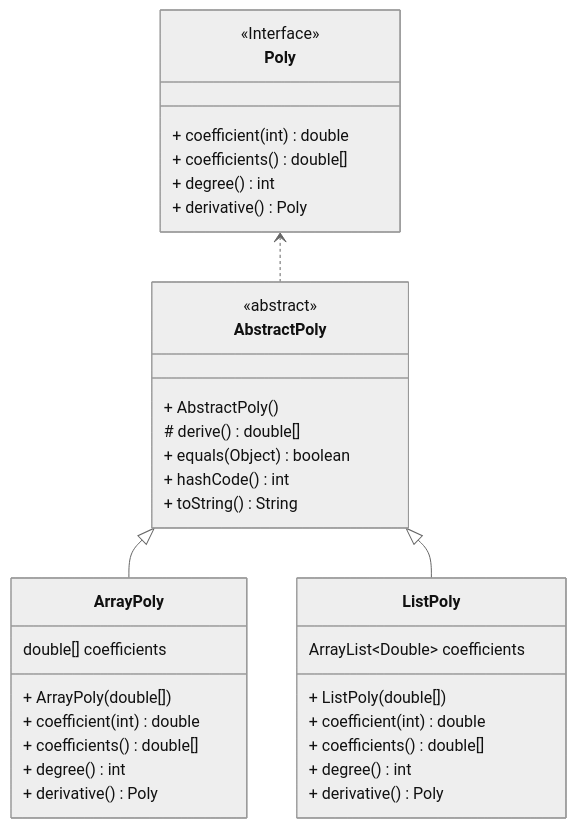
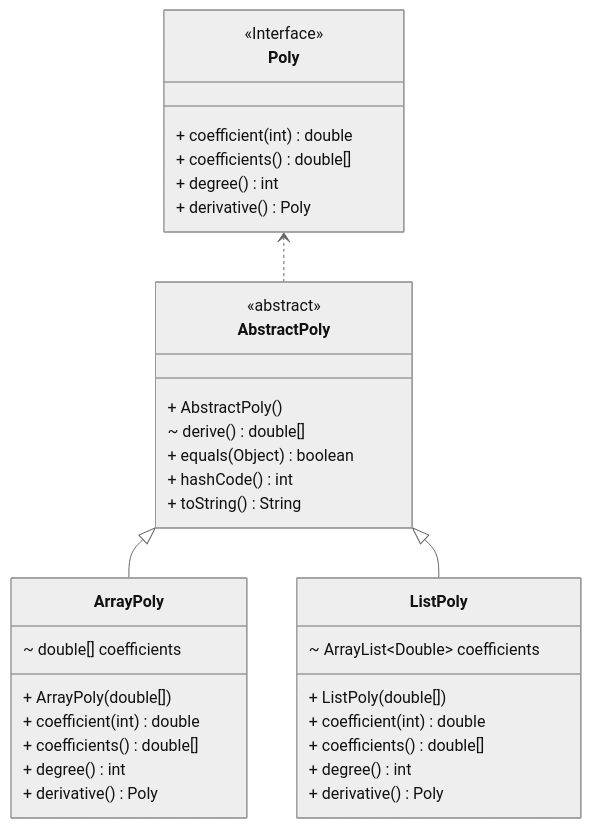
Before and after one commit to nbicocchi/learn-java-core: the fifth of 6 diagrams in src/main/java/com/nbicocchi/exercises/oop/README.md, drawn with Mermaid (neutral theme). The commit also changed other lines of this file and 12 other files, not shown here.

````diff
--- a/src/main/java/com/nbicocchi/exercises/oop/README.md
+++ b/src/main/java/com/nbicocchi/exercises/oop/README.md
@@ -249,39 +374,39 @@
 ```mermaid
 classDiagram
 direction BT
 class AbstractPoly {
   <<abstract>>
   + AbstractPoly() 
-  # derive() double[]
+  ~ derive() double[]
   + equals(Object) boolean
   + hashCode() int
   + toString() String
 }
 class ArrayPoly {
-  double[] coefficients
+  ~ double[] coefficients
   + ArrayPoly(double[]) 
   + coefficient(int) double
   + coefficients() double[]
   + degree() int
   + derivative() Poly
 }
 class ListPoly {
-  ArrayList~Double~ coefficients
+  ~ ArrayList~Double~ coefficients
   + ListPoly(double[]) 
   + coefficient(int) double
   + coefficients() double[]
   + degree() int
   + derivative() Poly
 }
 class Poly {
   <<Interface>>
   + coefficient(int) double
   + coefficients() double[]
   + degree() int
   + derivative() Poly
 }
 
 AbstractPoly  ..>  Poly 
 ArrayPoly  --|>  AbstractPoly 
 ListPoly  --|>  AbstractPoly 
 ```
````
